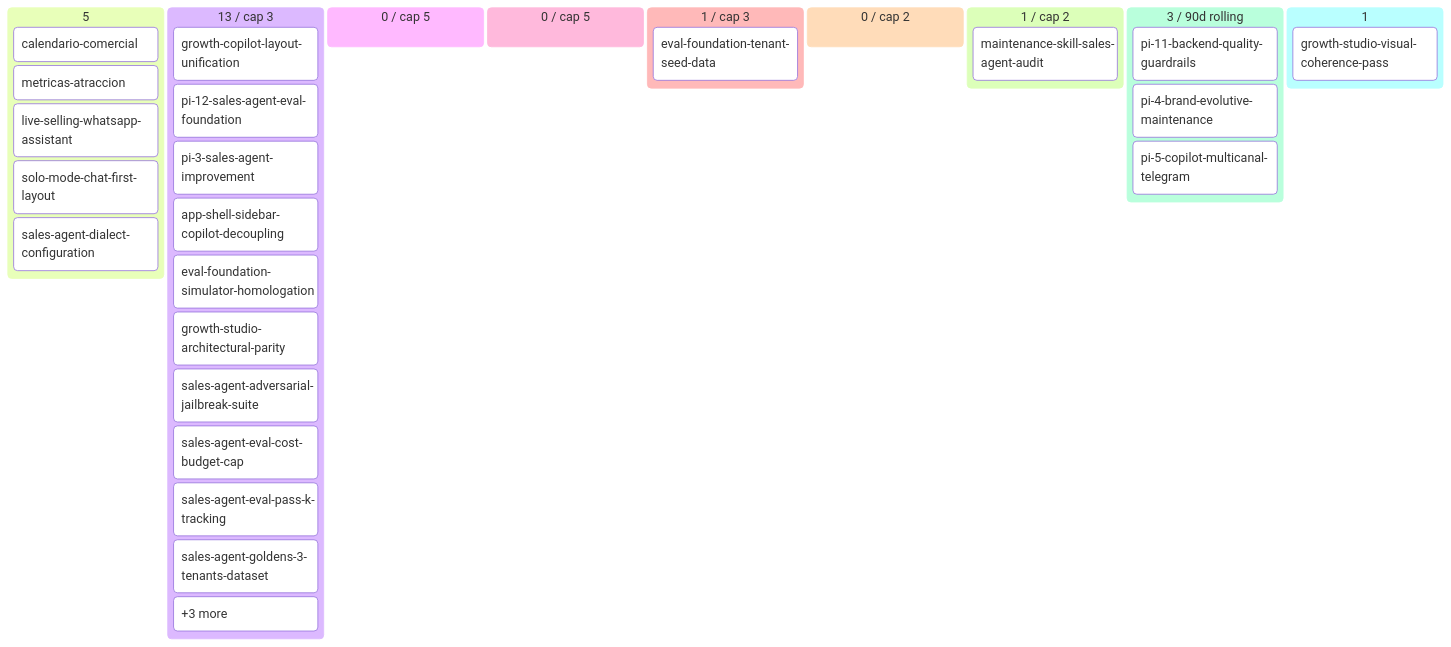
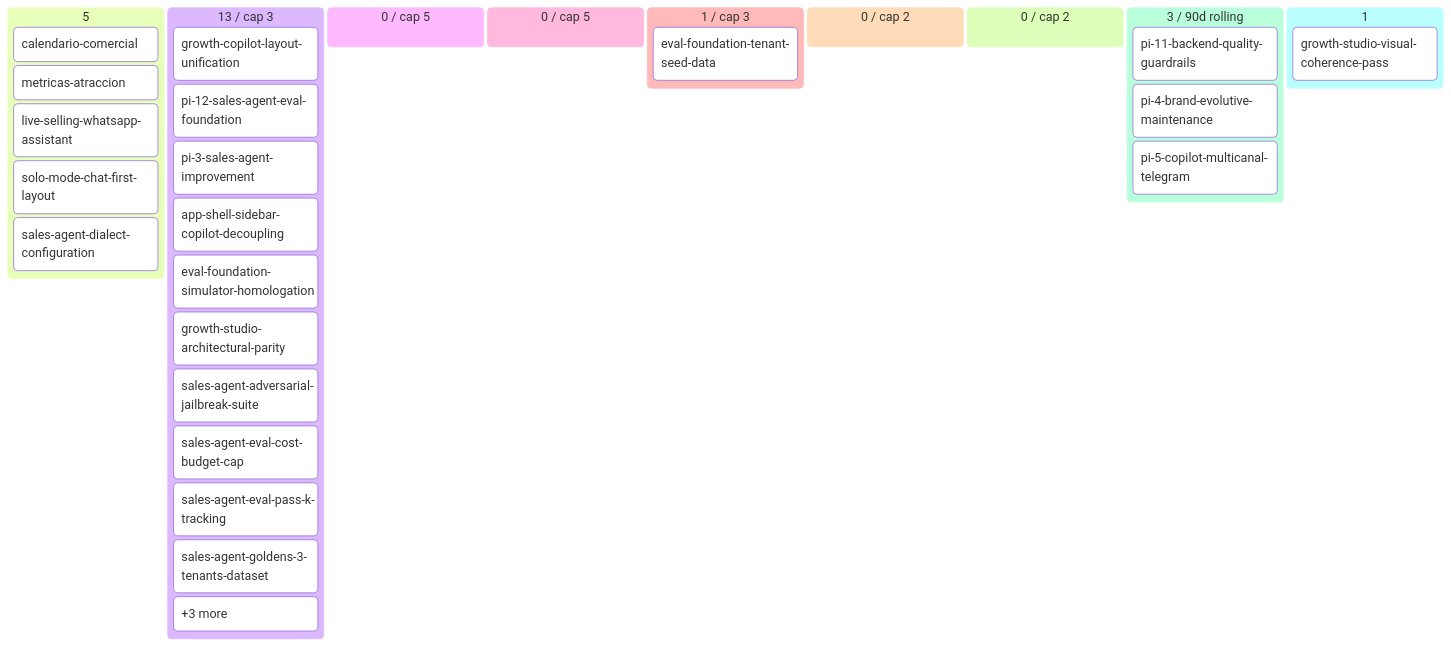
One commit to alpacapurpura/ap_sales_agent changed the diagram in docs/product/BACKLOG.md. Above: the diagram before and after it, drawn with Mermaid. The commit also changed other lines of this file and 4 other files, not shown here.

First line of the commit message:
chore(pm): merge maintenance-skill-sales-agent-audit (reviewing→done)

````diff
--- a/docs/product/BACKLOG.md
+++ b/docs/product/BACKLOG.md
@@ -60,34 +60,33 @@
 ```mermaid
 kanban
   💡 Ideas (5)
     calendario-comercial[calendario-comercial]
     metricas-atraccion[metricas-atraccion]
     live-selling-whatsapp-assistan[live-selling-whatsapp-assistant]
     solo-mode-chat-first-layout[solo-mode-chat-first-layout]
     sales-agent-dialect-configurat[sales-agent-dialect-configuration]
   🔬 Refining (13 / cap 3)
     growth-copilot-layout-unificat[growth-copilot-layout-unification]
     pi-12-sales-agent-eval-foundat[pi-12-sales-agent-eval-foundation]
     pi-3-sales-agent-improvement[pi-3-sales-agent-improvement]
     app-shell-sidebar-copilot-deco[app-shell-sidebar-copilot-decoupling]
     eval-foundation-simulator-homo[eval-foundation-simulator-homologation]
     growth-studio-architectural-pa[growth-studio-architectural-parity]
     sales-agent-adversarial-jailbr[sales-agent-adversarial-jailbreak-suite]
     sales-agent-eval-cost-budget-c[sales-agent-eval-cost-budget-cap]
     sales-agent-eval-pass-k-tracki[sales-agent-eval-pass-k-tracking]
     sales-agent-goldens-3-tenants-[sales-agent-goldens-3-tenants-dataset]
     overflow-🔬 Refining[+3 more]
   ✅ Refined (0 / cap 5)
   📦 Ready (0 / cap 5)
   🔨 Developing (1 / cap 3)
     eval-foundation-tenant-seed-da[eval-foundation-tenant-seed-data]
   🧪 Developed (0 / cap 2)
-  🔍 Reviewing (1 / cap 2)
-    maintenance-skill-sales-agent-[maintenance-skill-sales-agent-audit]
+  🔍 Reviewing (0 / cap 2)
   ✅ Done (3 / 90d rolling)
     pi-11-backend-quality-guardrai[pi-11-backend-quality-guardrails]
     pi-4-brand-evolutive-maintenan[pi-4-brand-evolutive-maintenance]
     pi-5-copilot-multicanal-telegr[pi-5-copilot-multicanal-telegram]
   🅿 Parked (1)
     growth-studio-visual-coherence[growth-studio-visual-coherence-pass]
 ```
````
